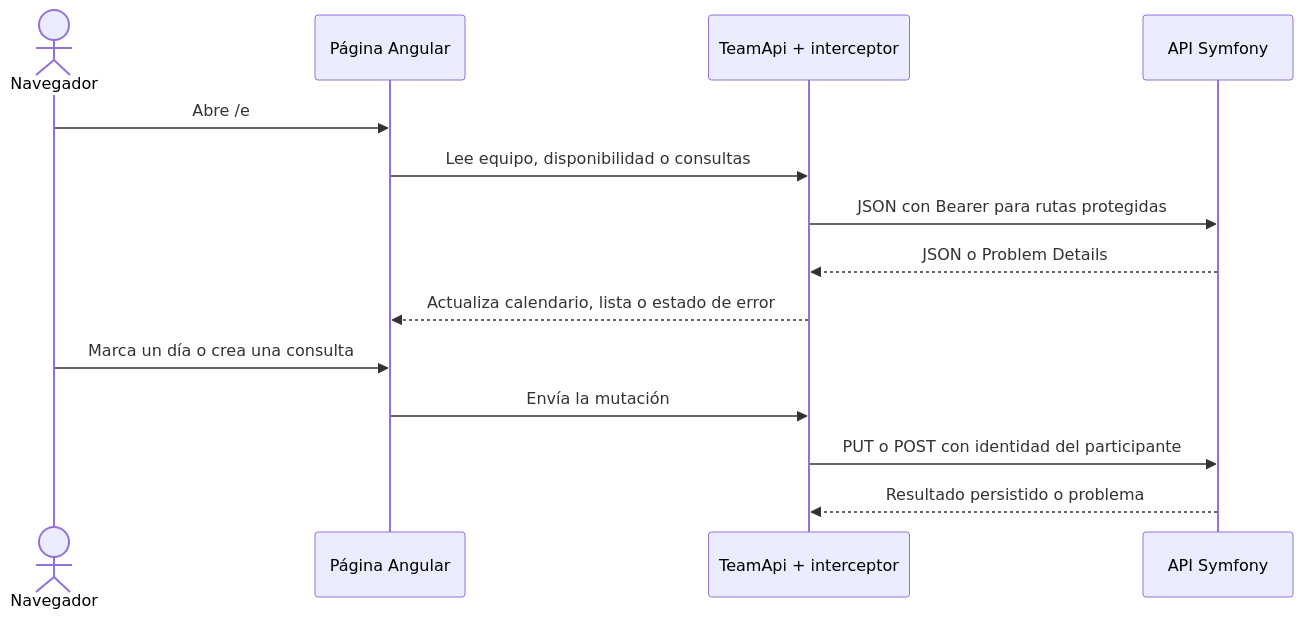
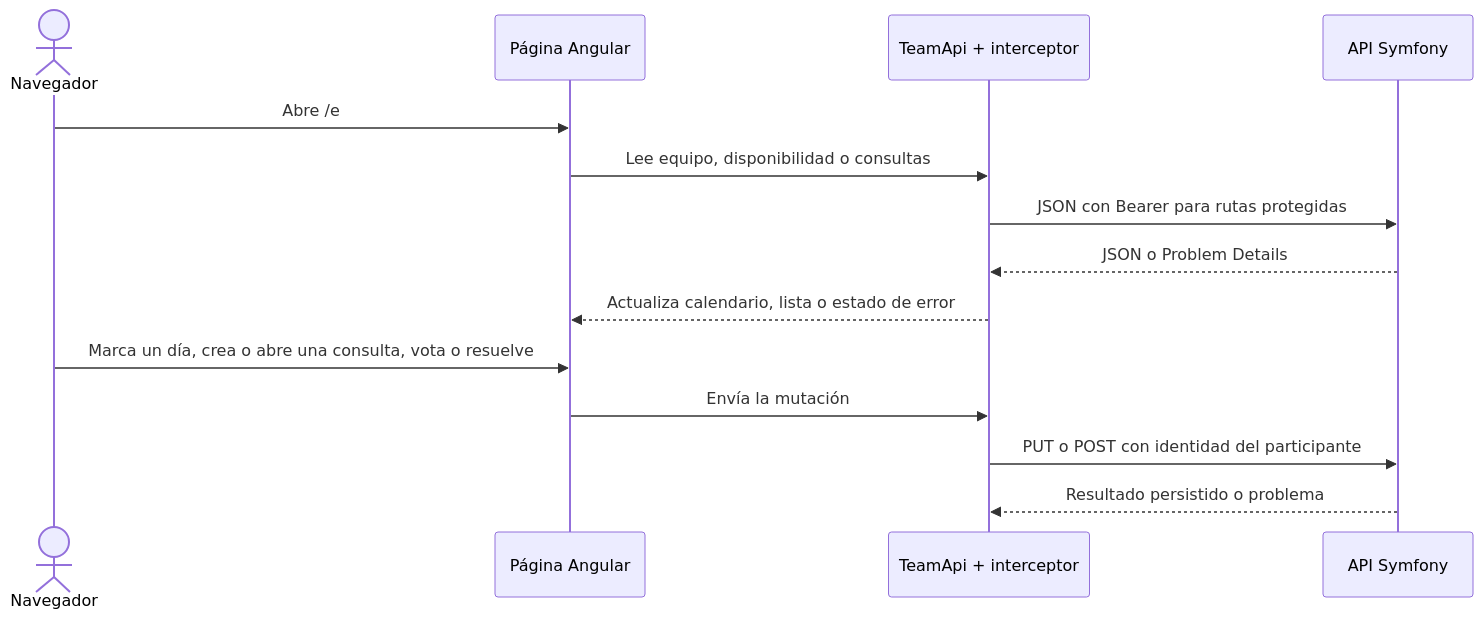
One commit to franciscoferrandez/SynqoApp changed the second of 2 diagrams in doc/architecture/web.md. Above: the diagram before and after it, drawn with Mermaid. The commit also changed other lines of this file and 7 other files, not shown here.

````diff
--- a/doc/architecture/web.md
+++ b/doc/architecture/web.md
@@ -37,17 +38,17 @@
 ```mermaid
 sequenceDiagram
     actor User as Navegador
     participant Page as Página Angular
     participant Client as TeamApi + interceptor
     participant API as API Symfony
 
     User->>Page: Abre /e#t=... y selecciona una identidad
     Page->>Client: Lee equipo, disponibilidad o consultas
     Client->>API: JSON con Bearer para rutas protegidas
     API-->>Client: JSON o Problem Details
     Client-->>Page: Actualiza calendario, lista o estado de error
-    User->>Page: Marca un día o crea una consulta
+    User->>Page: Marca un día, crea o abre una consulta, vota o resuelve
     Page->>Client: Envía la mutación
     Client->>API: PUT o POST con identidad del participante
     API-->>Client: Resultado persistido o problema
 ```
````
